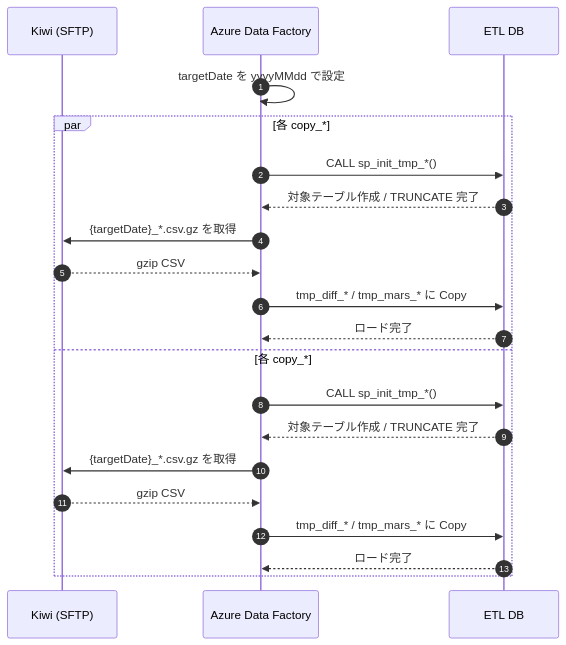
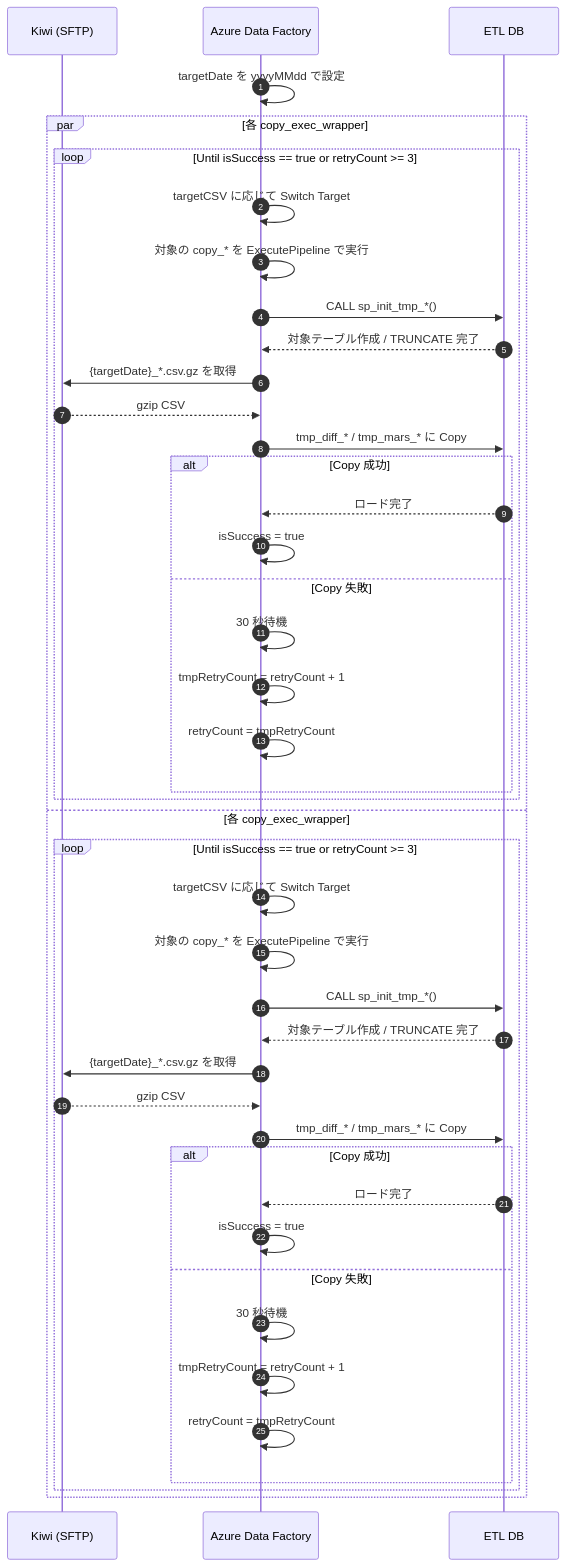
One commit to yukato-jdsc/generate_dummy_data changed the second of 4 diagrams in etl/docs/sequence.md. Above: the diagram before and after it, drawn with Mermaid. The commit also changed other lines of this file and 60 other files, not shown here.

````diff
--- a/etl/docs/sequence.md
+++ b/etl/docs/sequence.md
@@ -59,25 +64,47 @@
 ```mermaid
 sequenceDiagram
     autonumber
     participant SRC as Kiwi (SFTP)
     participant ADF as Azure Data Factory
     participant ETL as ETL DB
 
     ADF->>ADF: targetDate を yyyyMMdd で設定
 
-    par 各 copy_*
-        ADF->>ETL: CALL sp_init_tmp_*()
-        ETL-->>ADF: 対象テーブル作成 / TRUNCATE 完了
-        ADF->>SRC: {targetDate}_*.csv.gz を取得
-        SRC-->>ADF: gzip CSV
-        ADF->>ETL: tmp_diff_* / tmp_mars_* に Copy
-        ETL-->>ADF: ロード完了
-    and 各 copy_*
-        ADF->>ETL: CALL sp_init_tmp_*()
-        ETL-->>ADF: 対象テーブル作成 / TRUNCATE 完了
-        ADF->>SRC: {targetDate}_*.csv.gz を取得
-        SRC-->>ADF: gzip CSV
-        ADF->>ETL: tmp_diff_* / tmp_mars_* に Copy
-        ETL-->>ADF: ロード完了
+    par 各 copy_exec_wrapper
+        loop Until isSuccess == true or retryCount >= 3
+            ADF->>ADF: targetCSV に応じて Switch Target
+            ADF->>ADF: 対象の copy_* を ExecutePipeline で実行
+            ADF->>ETL: CALL sp_init_tmp_*()
+            ETL-->>ADF: 対象テーブル作成 / TRUNCATE 完了
+            ADF->>SRC: {targetDate}_*.csv.gz を取得
+            SRC-->>ADF: gzip CSV
+            ADF->>ETL: tmp_diff_* / tmp_mars_* に Copy
+            alt Copy 成功
+                ETL-->>ADF: ロード完了
+                ADF->>ADF: isSuccess = true
+            else Copy 失敗
+                ADF->>ADF: 30 秒待機
+                ADF->>ADF: tmpRetryCount = retryCount + 1
+                ADF->>ADF: retryCount = tmpRetryCount
+            end
+        end
+    and 各 copy_exec_wrapper
+        loop Until isSuccess == true or retryCount >= 3
+            ADF->>ADF: targetCSV に応じて Switch Target
+            ADF->>ADF: 対象の copy_* を ExecutePipeline で実行
+            ADF->>ETL: CALL sp_init_tmp_*()
+            ETL-->>ADF: 対象テーブル作成 / TRUNCATE 完了
+            ADF->>SRC: {targetDate}_*.csv.gz を取得
+            SRC-->>ADF: gzip CSV
+            ADF->>ETL: tmp_diff_* / tmp_mars_* に Copy
+            alt Copy 成功
+                ETL-->>ADF: ロード完了
+                ADF->>ADF: isSuccess = true
+            else Copy 失敗
+                ADF->>ADF: 30 秒待機
+                ADF->>ADF: tmpRetryCount = retryCount + 1
+                ADF->>ADF: retryCount = tmpRetryCount
+            end
+        end
     end
 ```
````
